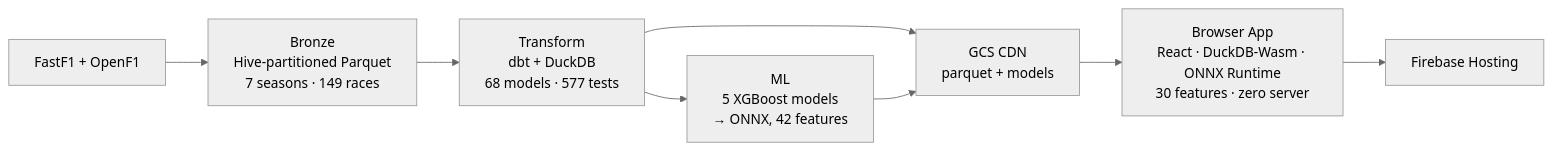
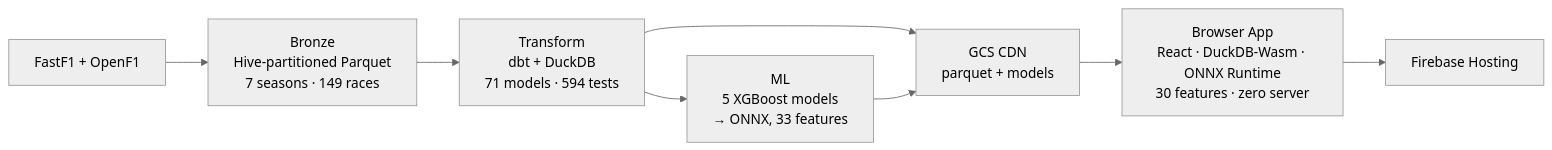
Before and after one commit to JustinClarke/off-the-pace: the diagram in README.md, drawn with Mermaid (neutral theme). The commit also changed other lines of this file and 185 other files, not shown here.

````diff
--- a/README.md
+++ b/README.md
@@ -61,10 +61,10 @@
 ```mermaid
 flowchart LR
     A["FastF1 + OpenF1"] --> B["Bronze<br/>Hive-partitioned Parquet<br/>7 seasons · 149 races"]
-    B --> C["Transform<br/>dbt + DuckDB<br/>68 models · 577 tests"]
-    C --> D["ML<br/>5 XGBoost models<br/>→ ONNX, 42 features"]
+    B --> C["Transform<br/>dbt + DuckDB<br/>71 models · 594 tests"]
+    C --> D["ML<br/>5 XGBoost models<br/>→ ONNX, 33 features"]
     C --> E["GCS CDN<br/>parquet + models"]
     D --> E
     E --> F["Browser App<br/>React · DuckDB-Wasm · ONNX Runtime<br/>30 features · zero server"]
     F --> G["Firebase Hosting"]
 ```
````
